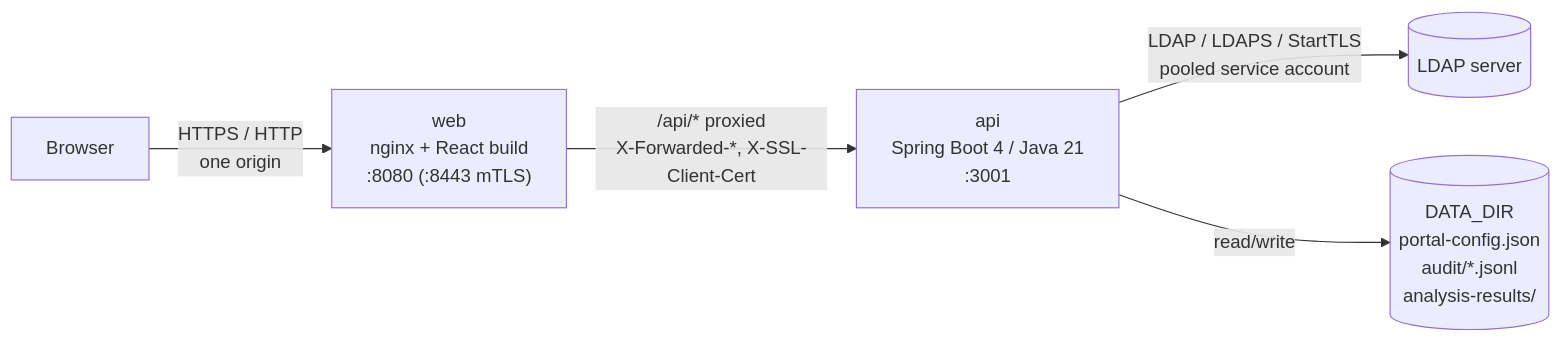
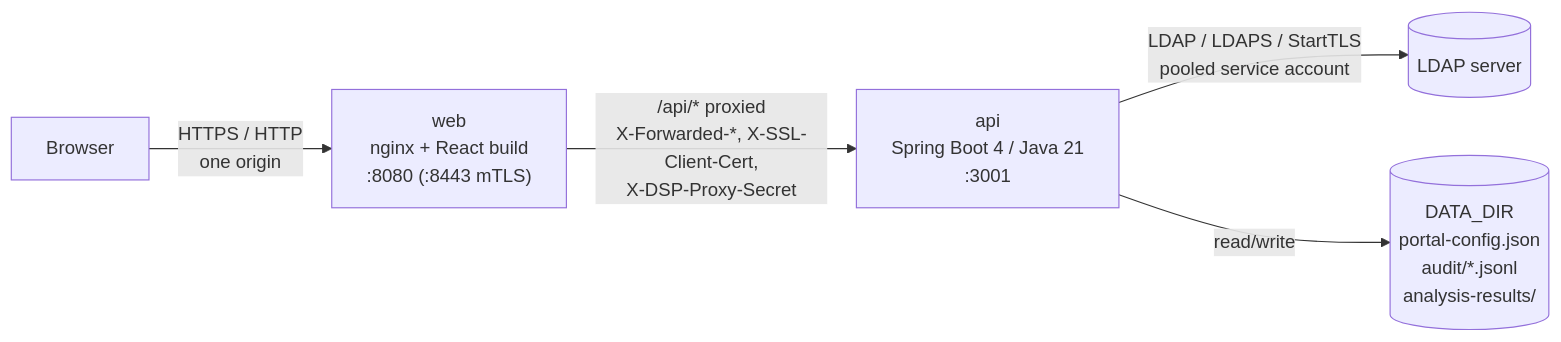
The diagram in docs/directory-services-portal/index.md (winllc/ens-apps-documentation), drawn with Mermaid before and after one commit. The commit also changed 6 other files, not shown here.

First line of the commit message:
Directory Services Portal: document the X.509 proxy secret and the header-mode requirements

````diff
--- a/docs/directory-services-portal/index.md
+++ b/docs/directory-services-portal/index.md
@@ -34,7 +34,7 @@
 ```mermaid
 flowchart LR
     B[Browser] -- "HTTPS / HTTP<br/>one origin" --> W["web<br/>nginx + React build<br/>:8080 (:8443 mTLS)"]
-    W -- "/api/* proxied<br/>X-Forwarded-*, X-SSL-Client-Cert" --> A["api<br/>Spring Boot 4 / Java 21<br/>:3001"]
+    W -- "/api/* proxied<br/>X-Forwarded-*, X-SSL-Client-Cert,<br/>X-DSP-Proxy-Secret" --> A["api<br/>Spring Boot 4 / Java 21<br/>:3001"]
     A -- "LDAP / LDAPS / StartTLS<br/>pooled service account" --> L[(LDAP server)]
     A -- "read/write" --> D[("DATA_DIR<br/>portal-config.json<br/>audit/*.jsonl<br/>analysis-results/")]
 ```
````
